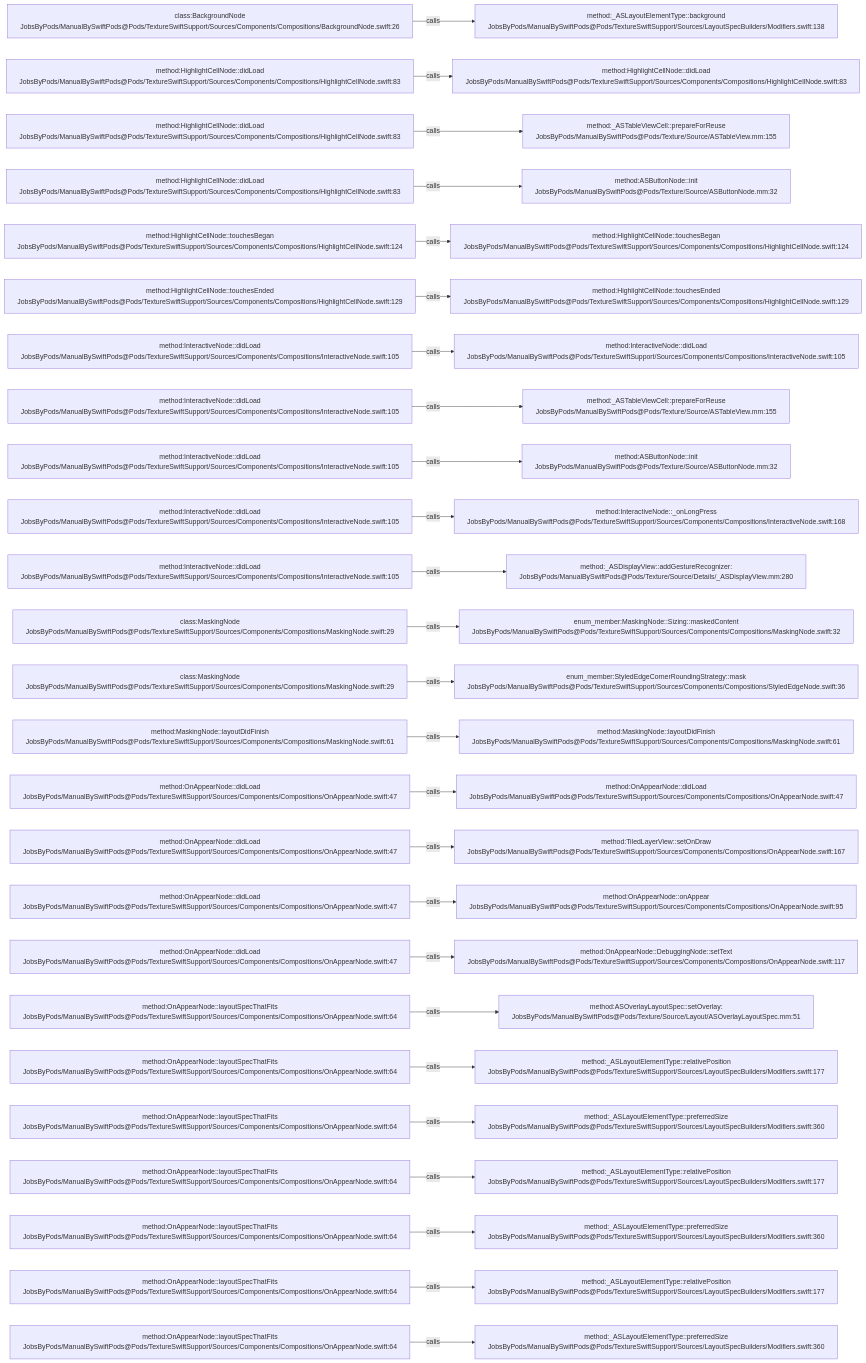
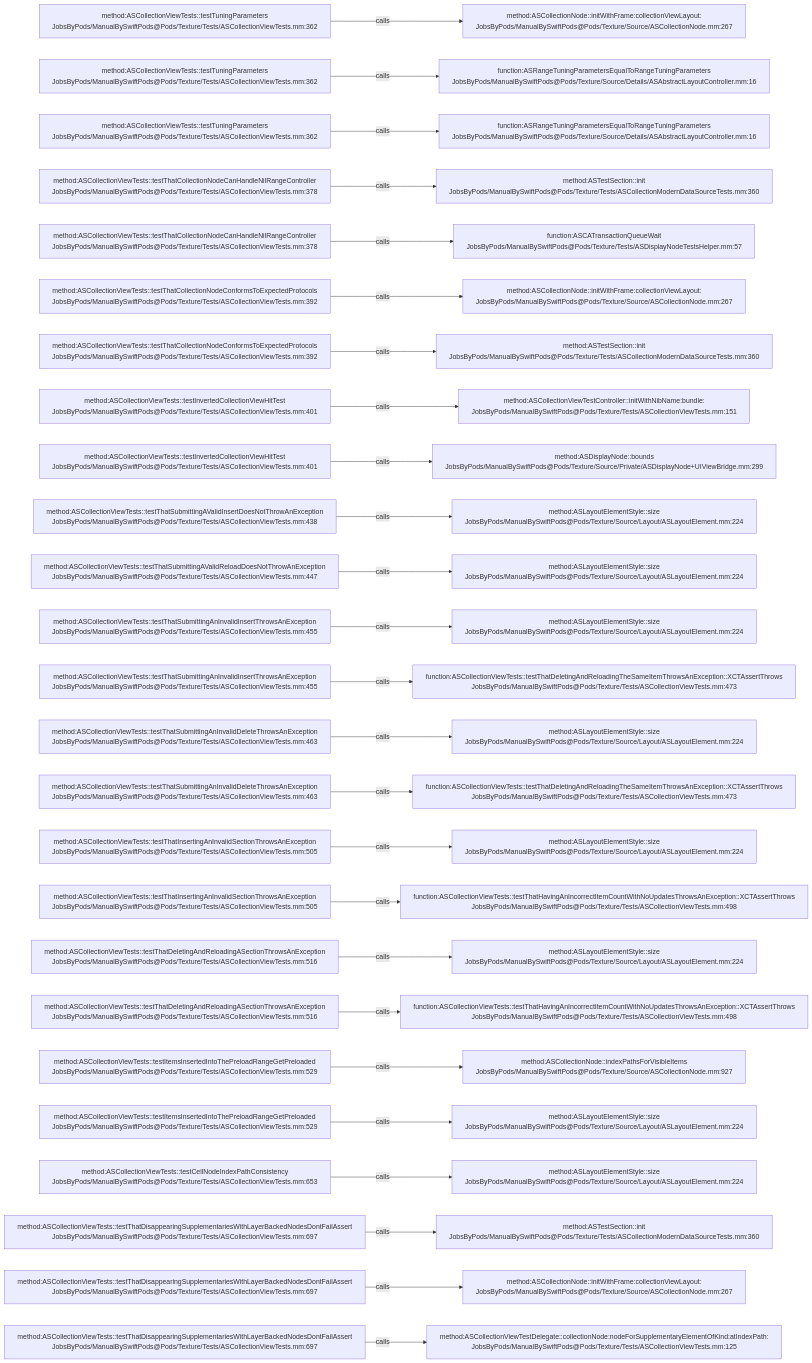
One commit to JobsKits/JobsSwiftBaseConfigDemo changed the diagram in .codegraph/codegraph.md/graphs/calls-172.md. Above: the diagram before and after it, drawn with Mermaid. The commit also changed 832 other files, not shown here.

````diff
--- a/.codegraph/codegraph.md/graphs/calls-172.md
+++ b/.codegraph/codegraph.md/graphs/calls-172.md
@@ -13,78 +13,78 @@
 ```mermaid
 flowchart LR
-  S1["class:BackgroundNode<br/>JobsByPods/ManualBySwiftPods@Pods/TextureSwiftSupport/Sources/Components/Compositions/BackgroundNode.swift:26"]
-  T1["method:_ASLayoutElementType::background<br/>JobsByPods/ManualBySwiftPods@Pods/TextureSwiftSupport/Sources/LayoutSpecBuilders/Modifiers.swift:138"]
+  S1["method:ASCollectionViewTests::testTuningParameters<br/>JobsByPods/ManualBySwiftPods@Pods/Texture/Tests/ASCollectionViewTests.mm:362"]
+  T1["method:ASCollectionNode::initWithFrame:collectionViewLayout:<br/>JobsByPods/ManualBySwiftPods@Pods/Texture/Source/ASCollectionNode.mm:267"]
   S1 -->|calls| T1
-  S2["method:HighlightCellNode::didLoad<br/>JobsByPods/ManualBySwiftPods@Pods/TextureSwiftSupport/Sources/Components/Compositions/HighlightCellNode.swift:83"]
-  T2["method:HighlightCellNode::didLoad<br/>JobsByPods/ManualBySwiftPods@Pods/TextureSwiftSupport/Sources/Components/Compositions/HighlightCellNode.swift:83"]
+  S2["method:ASCollectionViewTests::testTuningParameters<br/>JobsByPods/ManualBySwiftPods@Pods/Texture/Tests/ASCollectionViewTests.mm:362"]
+  T2["function:ASRangeTuningParametersEqualToRangeTuningParameters<br/>JobsByPods/ManualBySwiftPods@Pods/Texture/Source/Details/ASAbstractLayoutController.mm:16"]
   S2 -->|calls| T2
-  S3["method:HighlightCellNode::didLoad<br/>JobsByPods/ManualBySwiftPods@Pods/TextureSwiftSupport/Sources/Components/Compositions/HighlightCellNode.swift:83"]
-  T3["method:_ASTableViewCell::prepareForReuse<br/>JobsByPods/ManualBySwiftPods@Pods/Texture/Source/ASTableView.mm:155"]
+  S3["method:ASCollectionViewTests::testTuningParameters<br/>JobsByPods/ManualBySwiftPods@Pods/Texture/Tests/ASCollectionViewTests.mm:362"]
+  T3["function:ASRangeTuningParametersEqualToRangeTuningParameters<br/>JobsByPods/ManualBySwiftPods@Pods/Texture/Source/Details/ASAbstractLayoutController.mm:16"]
   S3 -->|calls| T3
-  S4["method:HighlightCellNode::didLoad<br/>JobsByPods/ManualBySwiftPods@Pods/TextureSwiftSupport/Sources/Components/Compositions/HighlightCellNode.swift:83"]
-  T4["method:ASButtonNode::init<br/>JobsByPods/ManualBySwiftPods@Pods/Texture/Source/ASButtonNode.mm:32"]
+  S4["method:ASCollectionViewTests::testThatCollectionNodeCanHandleNilRangeController<br/>JobsByPods/ManualBySwiftPods@Pods/Texture/Tests/ASCollectionViewTests.mm:378"]
+  T4["method:ASTestSection::init<br/>JobsByPods/ManualBySwiftPods@Pods/Texture/Tests/ASCollectionModernDataSourceTests.mm:360"]
   S4 -->|calls| T4
-  S5["method:HighlightCellNode::touchesBegan<br/>JobsByPods/ManualBySwiftPods@Pods/TextureSwiftSupport/Sources/Components/Compositions/HighlightCellNode.swift:124"]
-  T5["method:HighlightCellNode::touchesBegan<br/>JobsByPods/ManualBySwiftPods@Pods/TextureSwiftSupport/Sources/Components/Compositions/HighlightCellNode.swift:124"]
+  S5["method:ASCollectionViewTests::testThatCollectionNodeCanHandleNilRangeController<br/>JobsByPods/ManualBySwiftPods@Pods/Texture/Tests/ASCollectionViewTests.mm:378"]
+  T5["function:ASCATransactionQueueWait<br/>JobsByPods/ManualBySwiftPods@Pods/Texture/Tests/ASDisplayNodeTestsHelper.mm:57"]
   S5 -->|calls| T5
-  S6["method:HighlightCellNode::touchesEnded<br/>JobsByPods/ManualBySwiftPods@Pods/TextureSwiftSupport/Sources/Components/Compositions/HighlightCellNode.swift:129"]
-  T6["method:HighlightCellNode::touchesEnded<br/>JobsByPods/ManualBySwiftPods@Pods/TextureSwiftSupport/Sources/Components/Compositions/HighlightCellNode.swift:129"]
+  S6["method:ASCollectionViewTests::testThatCollectionNodeConformsToExpectedProtocols<br/>JobsByPods/ManualBySwiftPods@Pods/Texture/Tests/ASCollectionViewTests.mm:392"]
+  T6["method:ASCollectionNode::initWithFrame:collectionViewLayout:<br/>JobsByPods/ManualBySwiftPods@Pods/Texture/Source/ASCollectionNode.mm:267"]
   S6 -->|calls| T6
-  S7["method:InteractiveNode::didLoad<br/>JobsByPods/ManualBySwiftPods@Pods/TextureSwiftSupport/Sources/Components/Compositions/InteractiveNode.swift:105"]
-  T7["method:InteractiveNode::didLoad<br/>JobsByPods/ManualBySwiftPods@Pods/TextureSwiftSupport/Sources/Components/Compositions/InteractiveNode.swift:105"]
+  S7["method:ASCollectionViewTests::testThatCollectionNodeConformsToExpectedProtocols<br/>JobsByPods/ManualBySwiftPods@Pods/Texture/Tests/ASCollectionViewTests.mm:392"]
+  T7["method:ASTestSection::init<br/>JobsByPods/ManualBySwiftPods@Pods/Texture/Tests/ASCollectionModernDataSourceTests.mm:360"]
   S7 -->|calls| T7
-  S8["method:InteractiveNode::didLoad<br/>JobsByPods/ManualBySwiftPods@Pods/TextureSwiftSupport/Sources/Components/Compositions/InteractiveNode.swift:105"]
-  T8["method:_ASTableViewCell::prepareForReuse<br/>JobsByPods/ManualBySwiftPods@Pods/Texture/Source/ASTableView.mm:155"]
+  S8["method:ASCollectionViewTests::testInvertedCollectionViewHitTest<br/>JobsByPods/ManualBySwiftPods@Pods/Texture/Tests/ASCollectionViewTests.mm:401"]
+  T8["method:ASCollectionViewTestController::initWithNibName:bundle:<br/>JobsByPods/ManualBySwiftPods@Pods/Texture/Tests/ASCollectionViewTests.mm:151"]
   S8 -->|calls| T8
-  S9["method:InteractiveNode::didLoad<br/>JobsByPods/ManualBySwiftPods@Pods/TextureSwiftSupport/Sources/Components/Compositions/InteractiveNode.swift:105"]
-  T9["method:ASButtonNode::init<br/>JobsByPods/ManualBySwiftPods@Pods/Texture/Source/ASButtonNode.mm:32"]
+  S9["method:ASCollectionViewTests::testInvertedCollectionViewHitTest<br/>JobsByPods/ManualBySwiftPods@Pods/Texture/Tests/ASCollectionViewTests.mm:401"]
+  T9["method:ASDisplayNode::bounds<br/>JobsByPods/ManualBySwiftPods@Pods/Texture/Source/Private/ASDisplayNode+UIViewBridge.mm:299"]
   S9 -->|calls| T9
-  S10["method:InteractiveNode::didLoad<br/>JobsByPods/ManualBySwiftPods@Pods/TextureSwiftSupport/Sources/Components/Compositions/InteractiveNode.swift:105"]
-  T10["method:InteractiveNode::_onLongPress<br/>JobsByPods/ManualBySwiftPods@Pods/TextureSwiftSupport/Sources/Components/Compositions/InteractiveNode.swift:168"]
+  S10["method:ASCollectionViewTests::testThatSubmittingAValidInsertDoesNotThrowAnException<br/>JobsByPods/ManualBySwiftPods@Pods/Texture/Tests/ASCollectionViewTests.mm:438"]
+  T10["method:ASLayoutElementStyle::size<br/>JobsByPods/ManualBySwiftPods@Pods/Texture/Source/Layout/ASLayoutElement.mm:224"]
   S10 -->|calls| T10
-  S11["method:InteractiveNode::didLoad<br/>JobsByPods/ManualBySwiftPods@Pods/TextureSwiftSupport/Sources/Components/Compositions/InteractiveNode.swift:105"]
-  T11["method:_ASDisplayView::addGestureRecognizer:<br/>JobsByPods/ManualBySwiftPods@Pods/Texture/Source/Details/_ASDisplayView.mm:280"]
+  S11["method:ASCollectionViewTests::testThatSubmittingAValidReloadDoesNotThrowAnException<br/>JobsByPods/ManualBySwiftPods@Pods/Texture/Tests/ASCollectionViewTests.mm:447"]
+  T11["method:ASLayoutElementStyle::size<br/>JobsByPods/ManualBySwiftPods@Pods/Texture/Source/Layout/ASLayoutElement.mm:224"]
   S11 -->|calls| T11
-  S12["class:MaskingNode<br/>JobsByPods/ManualBySwiftPods@Pods/TextureSwiftSupport/Sources/Components/Compositions/MaskingNode.swift:29"]
-  T12["enum_member:MaskingNode::Sizing::maskedContent<br/>JobsByPods/ManualBySwiftPods@Pods/TextureSwiftSupport/Sources/Components/Compositions/MaskingNode.swift:32"]
+  S12["method:ASCollectionViewTests::testThatSubmittingAnInvalidInsertThrowsAnException<br/>JobsByPods/ManualBySwiftPods@Pods/Texture/Tests/ASCollectionViewTests.mm:455"]
+  T12["method:ASLayoutElementStyle::size<br/>JobsByPods/ManualBySwiftPods@Pods/Texture/Source/Layout/ASLayoutElement.mm:224"]
   S12 -->|calls| T12
-  S13["class:MaskingNode<br/>JobsByPods/ManualBySwiftPods@Pods/TextureSwiftSupport/Sources/Components/Compositions/MaskingNode.swift:29"]
-  T13["enum_member:StyledEdgeCornerRoundingStrategy::mask<br/>JobsByPods/ManualBySwiftPods@Pods/TextureSwiftSupport/Sources/Components/Compositions/StyledEdgeNode.swift:36"]
+  S13["method:ASCollectionViewTests::testThatSubmittingAnInvalidInsertThrowsAnException<br/>JobsByPods/ManualBySwiftPods@Pods/Texture/Tests/ASCollectionViewTests.mm:455"]
+  T13["function:ASCollectionViewTests::testThatDeletingAndReloadingTheSameItemThrowsAnException::XCTAssertThrows<br/>JobsByPods/ManualBySwiftPods@Pods/Texture/Tests/ASCollectionViewTests.mm:473"]
   S13 -->|calls| T13
-  S14["method:MaskingNode::layoutDidFinish<br/>JobsByPods/ManualBySwiftPods@Pods/TextureSwiftSupport/Sources/Components/Compositions/MaskingNode.swift:61"]
-  T14["method:MaskingNode::layoutDidFinish<br/>JobsByPods/ManualBySwiftPods@Pods/TextureSwiftSupport/Sources/Components/Compositions/MaskingNode.swift:61"]
+  S14["method:ASCollectionViewTests::testThatSubmittingAnInvalidDeleteThrowsAnException<br/>JobsByPods/ManualBySwiftPods@Pods/Texture/Tests/ASCollectionViewTests.mm:463"]
+  T14["method:ASLayoutElementStyle::size<br/>JobsByPods/ManualBySwiftPods@Pods/Texture/Source/Layout/ASLayoutElement.mm:224"]
   S14 -->|calls| T14
-  S15["method:OnAppearNode::didLoad<br/>JobsByPods/ManualBySwiftPods@Pods/TextureSwiftSupport/Sources/Components/Compositions/OnAppearNode.swift:47"]
-  T15["method:OnAppearNode::didLoad<br/>JobsByPods/ManualBySwiftPods@Pods/TextureSwiftSupport/Sources/Components/Compositions/OnAppearNode.swift:47"]
+  S15["method:ASCollectionViewTests::testThatSubmittingAnInvalidDeleteThrowsAnException<br/>JobsByPods/ManualBySwiftPods@Pods/Texture/Tests/ASCollectionViewTests.mm:463"]
+  T15["function:ASCollectionViewTests::testThatDeletingAndReloadingTheSameItemThrowsAnException::XCTAssertThrows<br/>JobsByPods/ManualBySwiftPods@Pods/Texture/Tests/ASCollectionViewTests.mm:473"]
   S15 -->|calls| T15
-  S16["method:OnAppearNode::didLoad<br/>JobsByPods/ManualBySwiftPods@Pods/TextureSwiftSupport/Sources/Components/Compositions/OnAppearNode.swift:47"]
-  T16["method:TiledLayerView::setOnDraw<br/>JobsByPods/ManualBySwiftPods@Pods/TextureSwiftSupport/Sources/Components/Compositions/OnAppearNode.swift:167"]
+  S16["method:ASCollectionViewTests::testThatInsertingAnInvalidSectionThrowsAnException<br/>JobsByPods/ManualBySwiftPods@Pods/Texture/Tests/ASCollectionViewTests.mm:505"]
+  T16["method:ASLayoutElementStyle::size<br/>JobsByPods/ManualBySwiftPods@Pods/Texture/Source/Layout/ASLayoutElement.mm:224"]
   S16 -->|calls| T16
-  S17["method:OnAppearNode::didLoad<br/>JobsByPods/ManualBySwiftPods@Pods/TextureSwiftSupport/Sources/Components/Compositions/OnAppearNode.swift:47"]
-  T17["method:OnAppearNode::onAppear<br/>JobsByPods/ManualBySwiftPods@Pods/TextureSwiftSupport/Sources/Components/Compositions/OnAppearNode.swift:95"]
+  S17["method:ASCollectionViewTests::testThatInsertingAnInvalidSectionThrowsAnException<br/>JobsByPods/ManualBySwiftPods@Pods/Texture/Tests/ASCollectionViewTests.mm:505"]
+  T17["function:ASCollectionViewTests::testThatHavingAnIncorrectItemCountWithNoUpdatesThrowsAnException::XCTAssertThrows<br/>JobsByPods/ManualBySwiftPods@Pods/Texture/Tests/ASCollectionViewTests.mm:498"]
   S17 -->|calls| T17
-  S18["method:OnAppearNode::didLoad<br/>JobsByPods/ManualBySwiftPods@Pods/TextureSwiftSupport/Sources/Components/Compositions/OnAppearNode.swift:47"]
-  T18["method:OnAppearNode::DebuggingNode::setText<br/>JobsByPods/ManualBySwiftPods@Pods/TextureSwiftSupport/Sources/Components/Compositions/OnAppearNode.swift:117"]
+  S18["method:ASCollectionViewTests::testThatDeletingAndReloadingASectionThrowsAnException<br/>JobsByPods/ManualBySwiftPods@Pods/Texture/Tests/ASCollectionViewTests.mm:516"]
+  T18["method:ASLayoutElementStyle::size<br/>JobsByPods/ManualBySwiftPods@Pods/Texture/Source/Layout/ASLayoutElement.mm:224"]
   S18 -->|calls| T18
-  S19["method:OnAppearNode::layoutSpecThatFits<br/>JobsByPods/ManualBySwiftPods@Pods/TextureSwiftSupport/Sources/Components/Compositions/OnAppearNode.swift:64"]
-  T19["method:ASOverlayLayoutSpec::setOverlay:<br/>JobsByPods/ManualBySwiftPods@Pods/Texture/Source/Layout/ASOverlayLayoutSpec.mm:51"]
+  S19["method:ASCollectionViewTests::testThatDeletingAndReloadingASectionThrowsAnException<br/>JobsByPods/ManualBySwiftPods@Pods/Texture/Tests/ASCollectionViewTests.mm:516"]
+  T19["function:ASCollectionViewTests::testThatHavingAnIncorrectItemCountWithNoUpdatesThrowsAnException::XCTAssertThrows<br/>JobsByPods/ManualBySwiftPods@Pods/Texture/Tests/ASCollectionViewTests.mm:498"]
   S19 -->|calls| T19
-  S20["method:OnAppearNode::layoutSpecThatFits<br/>JobsByPods/ManualBySwiftPods@Pods/TextureSwiftSupport/Sources/Components/Compositions/OnAppearNode.swift:64"]
-  T20["method:_ASLayoutElementType::relativePosition<br/>JobsByPods/ManualBySwiftPods@Pods/TextureSwiftSupport/Sources/LayoutSpecBuilders/Modifiers.swift:177"]
+  S20["method:ASCollectionViewTests::testItemsInsertedIntoThePreloadRangeGetPreloaded<br/>JobsByPods/ManualBySwiftPods@Pods/Texture/Tests/ASCollectionViewTests.mm:529"]
+  T20["method:ASCollectionNode::indexPathsForVisibleItems<br/>JobsByPods/ManualBySwiftPods@Pods/Texture/Source/ASCollectionNode.mm:927"]
   S20 -->|calls| T20
-  S21["method:OnAppearNode::layoutSpecThatFits<br/>JobsByPods/ManualBySwiftPods@Pods/TextureSwiftSupport/Sources/Components/Compositions/OnAppearNode.swift:64"]
-  T21["method:_ASLayoutElementType::preferredSize<br/>JobsByPods/ManualBySwiftPods@Pods/TextureSwiftSupport/Sources/LayoutSpecBuilders/Modifiers.swift:360"]
+  S21["method:ASCollectionViewTests::testItemsInsertedIntoThePreloadRangeGetPreloaded<br/>JobsByPods/ManualBySwiftPods@Pods/Texture/Tests/ASCollectionViewTests.mm:529"]
+  T21["method:ASLayoutElementStyle::size<br/>JobsByPods/ManualBySwiftPods@Pods/Texture/Source/Layout/ASLayoutElement.mm:224"]
   S21 -->|calls| T21
-  S22["method:OnAppearNode::layoutSpecThatFits<br/>JobsByPods/ManualBySwiftPods@Pods/TextureSwiftSupport/Sources/Components/Compositions/OnAppearNode.swift:64"]
-  T22["method:_ASLayoutElementType::relativePosition<br/>JobsByPods/ManualBySwiftPods@Pods/TextureSwiftSupport/Sources/LayoutSpecBuilders/Modifiers.swift:177"]
+  S22["method:ASCollectionViewTests::testCellNodeIndexPathConsistency<br/>JobsByPods/ManualBySwiftPods@Pods/Texture/Tests/ASCollectionViewTests.mm:653"]
+  T22["method:ASLayoutElementStyle::size<br/>JobsByPods/ManualBySwiftPods@Pods/Texture/Source/Layout/ASLayoutElement.mm:224"]
   S22 -->|calls| T22
-  S23["method:OnAppearNode::layoutSpecThatFits<br/>JobsByPods/ManualBySwiftPods@Pods/TextureSwiftSupport/Sources/Components/Compositions/OnAppearNode.swift:64"]
-  T23["method:_ASLayoutElementType::preferredSize<br/>JobsByPods/ManualBySwiftPods@Pods/TextureSwiftSupport/Sources/LayoutSpecBuilders/Modifiers.swift:360"]
+  S23["method:ASCollectionViewTests::testThatDisappearingSupplementariesWithLayerBackedNodesDontFailAssert<br/>JobsByPods/ManualBySwiftPods@Pods/Texture/Tests/ASCollectionViewTests.mm:697"]
+  T23["method:ASTestSection::init<br/>JobsByPods/ManualBySwiftPods@Pods/Texture/Tests/ASCollectionModernDataSourceTests.mm:360"]
   S23 -->|calls| T23
-  S24["method:OnAppearNode::layoutSpecThatFits<br/>JobsByPods/ManualBySwiftPods@Pods/TextureSwiftSupport/Sources/Components/Compositions/OnAppearNode.swift:64"]
-  T24["method:_ASLayoutElementType::relativePosition<br/>JobsByPods/ManualBySwiftPods@Pods/TextureSwiftSupport/Sources/LayoutSpecBuilders/Modifiers.swift:177"]
+  S24["method:ASCollectionViewTests::testThatDisappearingSupplementariesWithLayerBackedNodesDontFailAssert<br/>JobsByPods/ManualBySwiftPods@Pods/Texture/Tests/ASCollectionViewTests.mm:697"]
+  T24["method:ASCollectionNode::initWithFrame:collectionViewLayout:<br/>JobsByPods/ManualBySwiftPods@Pods/Texture/Source/ASCollectionNode.mm:267"]
   S24 -->|calls| T24
-  S25["method:OnAppearNode::layoutSpecThatFits<br/>JobsByPods/ManualBySwiftPods@Pods/TextureSwiftSupport/Sources/Components/Compositions/OnAppearNode.swift:64"]
-  T25["method:_ASLayoutElementType::preferredSize<br/>JobsByPods/ManualBySwiftPods@Pods/TextureSwiftSupport/Sources/LayoutSpecBuilders/Modifiers.swift:360"]
+  S25["method:ASCollectionViewTests::testThatDisappearingSupplementariesWithLayerBackedNodesDontFailAssert<br/>JobsByPods/ManualBySwiftPods@Pods/Texture/Tests/ASCollectionViewTests.mm:697"]
+  T25["method:ASCollectionViewTestDelegate::collectionNode:nodeForSupplementaryElementOfKind:atIndexPath:<br/>JobsByPods/ManualBySwiftPods@Pods/Texture/Tests/ASCollectionViewTests.mm:125"]
   S25 -->|calls| T25
 ```
````
